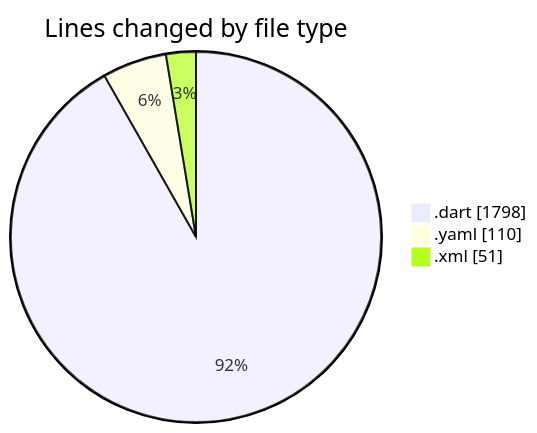
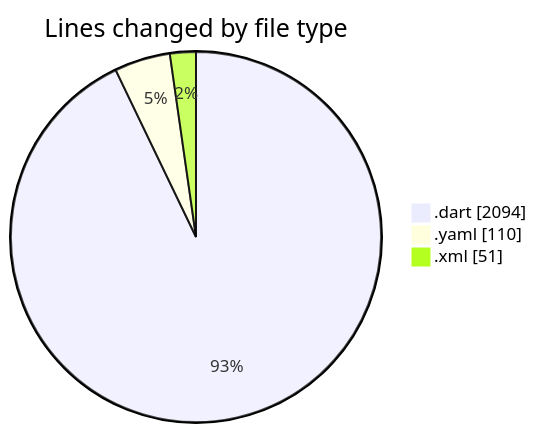
The first of 2 diagrams in 2025-07-31/studybuddy/README.md (lephambinh05/code-tracking), drawn with Mermaid before and after one commit. The commit also changed other lines of this file and 1 other file, not shown here.

````diff
--- a/2025-07-31/studybuddy/README.md
+++ b/2025-07-31/studybuddy/README.md
@@ -30,7 +31,7 @@
 ```mermaid
 pie showData
 title Lines changed by file type
-".dart" : 1798
+".dart" : 2094
 ".yaml" : 110
 ".xml" : 51
 ```
````
